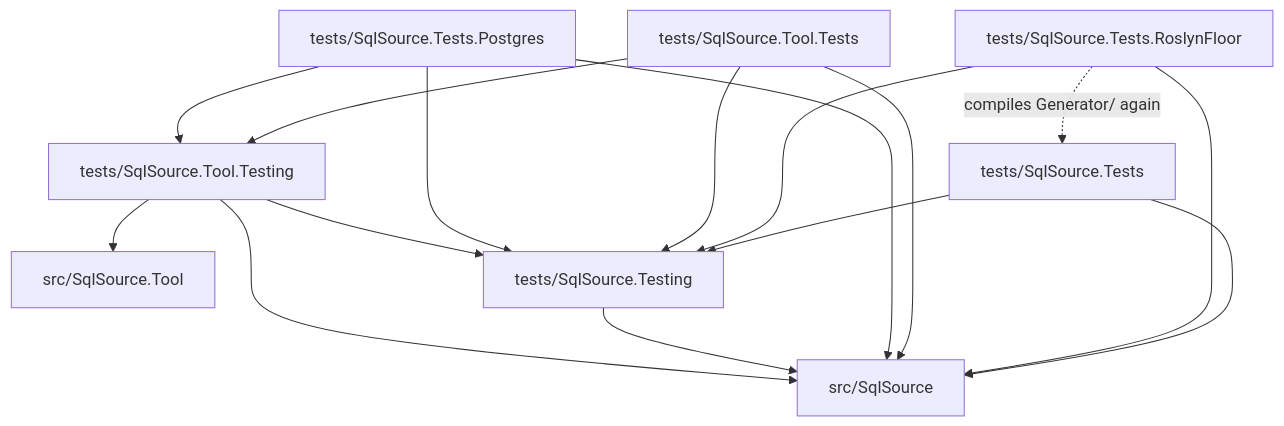
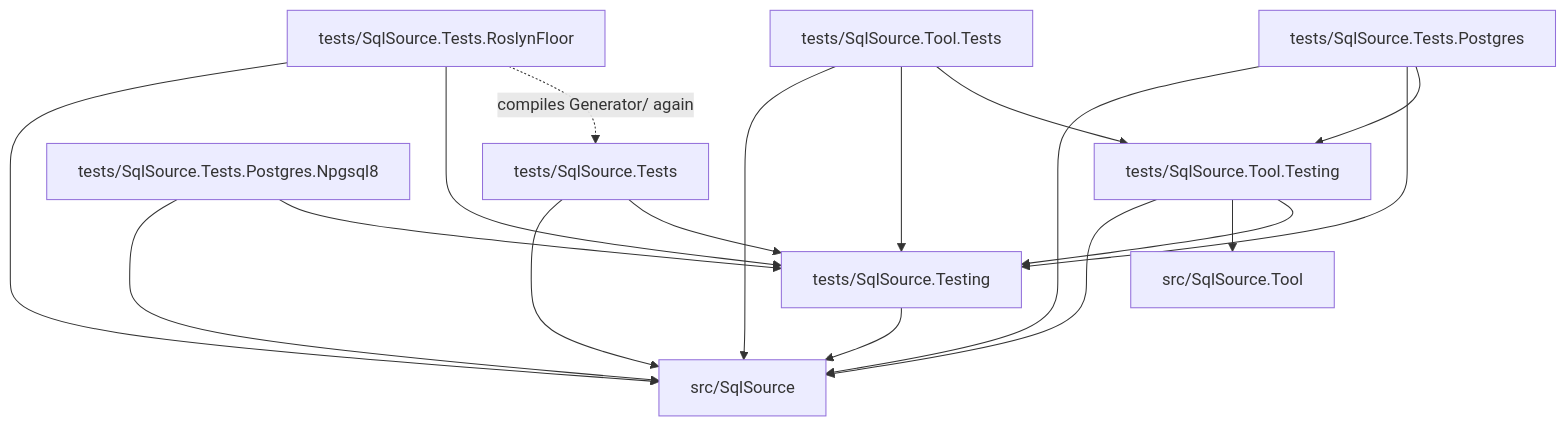
Before and after one commit to mbcrawfo/SqlSource: the diagram in tests/README.md, drawn with Mermaid. The commit also changed other lines of this file and 16 other files, not shown here.

````diff
--- a/tests/README.md
+++ b/tests/README.md
@@ -50,27 +51,30 @@
 ```mermaid
 graph TD
     Generator["src/SqlSource"]
     Tool["src/SqlSource.Tool"]
     Tests["tests/SqlSource.Tests"]
     Floor["tests/SqlSource.Tests.RoslynFloor"]
     ToolTests["tests/SqlSource.Tool.Tests"]
     Postgres["tests/SqlSource.Tests.Postgres"]
+    Npgsql8["tests/SqlSource.Tests.Postgres.Npgsql8"]
     Testing["tests/SqlSource.Testing"]
     ToolTesting["tests/SqlSource.Tool.Testing"]
 
     Tests --> Generator
     Tests --> Testing
     Floor --> Generator
     Floor --> Testing
     Floor -.->|compiles Generator/ again| Tests
     ToolTests --> Generator
     ToolTests --> Testing
     ToolTests --> ToolTesting
     Postgres --> Generator
     Postgres --> Testing
     Postgres --> ToolTesting
+    Npgsql8 --> Generator
+    Npgsql8 --> Testing
     Testing --> Generator
     ToolTesting --> Generator
     ToolTesting --> Tool
     ToolTesting --> Testing
 ```
````
